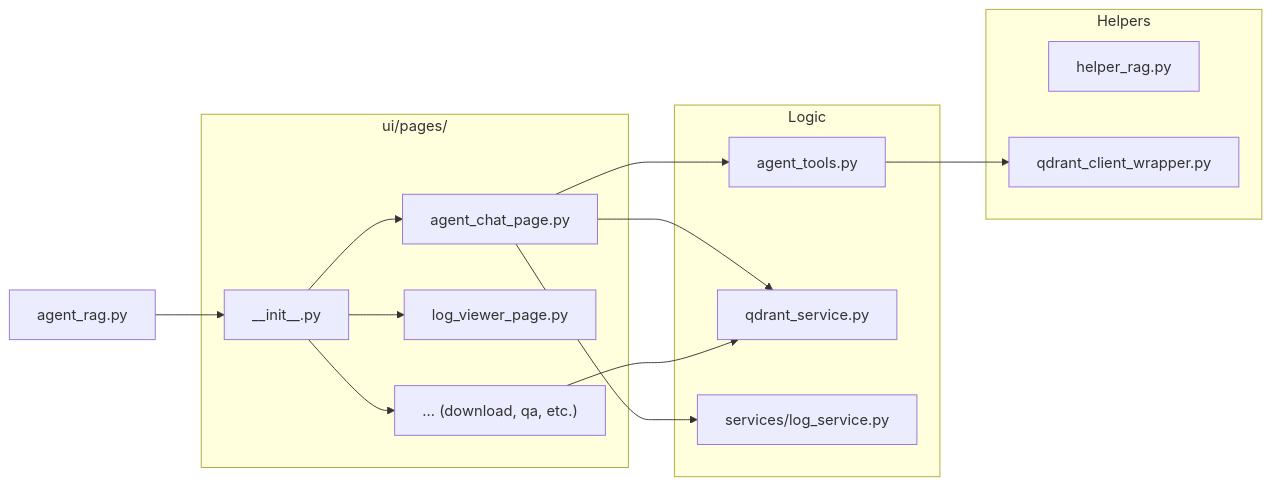
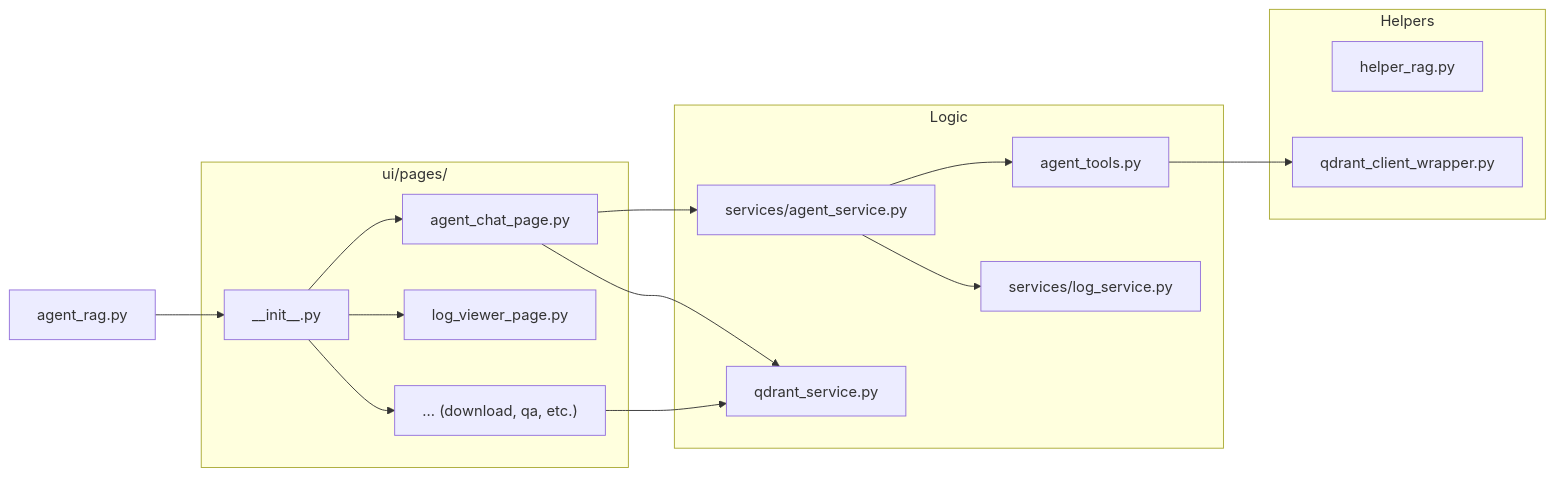
The second of 10 diagrams in README.md (nakashima2toshio/gemini_agent_rag), drawn with Mermaid before and after one commit. The commit also changed other lines of this file and 11 other files, not shown here.

````diff
--- a/README.md
+++ b/README.md
@@ -166,34 +166,36 @@
 ```mermaid
 graph LR
     Main["agent_rag.py"]
 
     subgraph UI_Pages ["ui/pages/"]
         InitUI["__init__.py"]
         AgentPage["agent_chat_page.py"]
         LogPage["log_viewer_page.py"]
         OtherPages["... (download, qa, etc.)"]
     end
 
     subgraph Logic_Layer ["Logic"]
+        AgentSvc["services/agent_service.py"]
         Tools["agent_tools.py"]
         QS["qdrant_service.py"]
         LogSvc["services/log_service.py"]
     end
 
     subgraph Helper_Layer ["Helpers"]
         HelperRag["helper_rag.py"]
         QdrantWrapper["qdrant_client_wrapper.py"]
     end
 
     Main --> InitUI
     InitUI --> AgentPage
     InitUI --> LogPage
     InitUI --> OtherPages
 
-    AgentPage --> Tools
+    AgentPage --> AgentSvc
+    AgentSvc --> Tools
+    AgentSvc --> LogSvc
     AgentPage --> QS
-    AgentPage --> LogSvc
     Tools --> QdrantWrapper
 
     OtherPages --> QS
 ```
````
